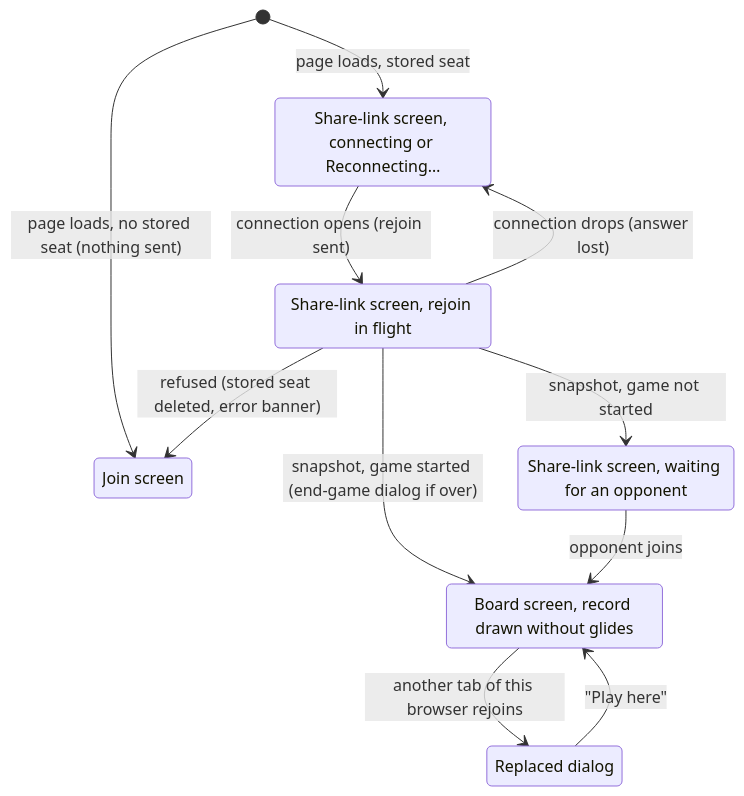
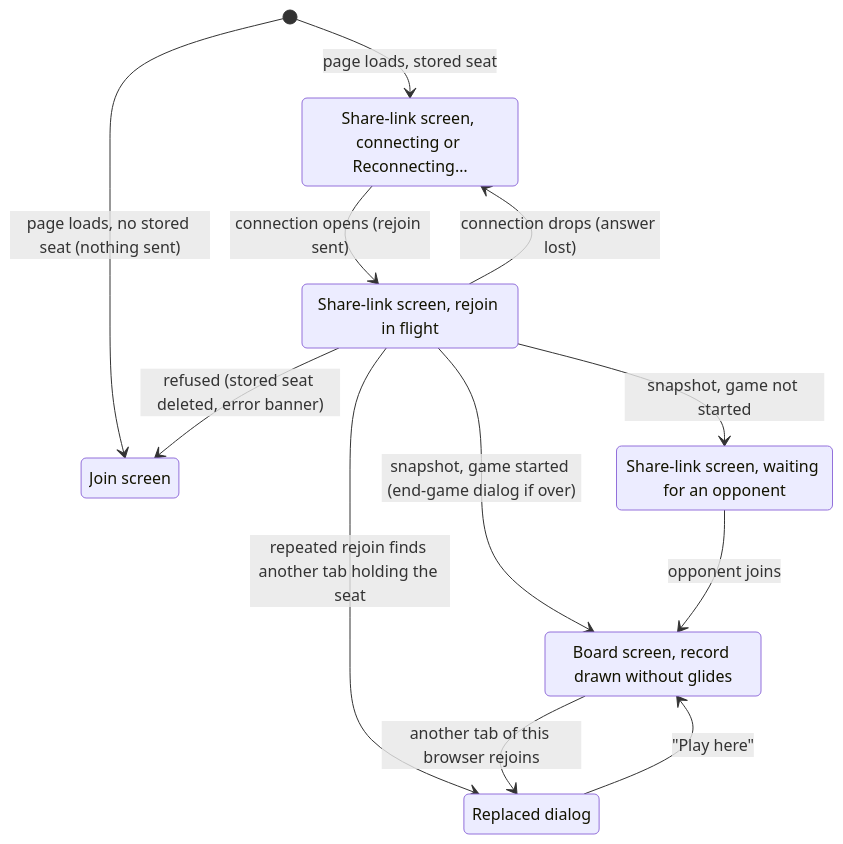
Before and after one commit to howard36/3d-chess: the diagram in product-description/session/reload-and-return.md, drawn with Mermaid. The commit also changed other lines of this file and 7 other files, not shown here.

````diff
--- a/product-description/session/reload-and-return.md
+++ b/product-description/session/reload-and-return.md
@@ -17,19 +17,20 @@
 ```mermaid
 stateDiagram-v2
     state "Join screen" as join
     state "Share-link screen, connecting or Reconnecting…" as connecting
     state "Share-link screen, rejoin in flight" as flight
     state "Share-link screen, waiting for an opponent" as share
     state "Board screen, record drawn without glides" as board
     state "Replaced dialog" as replaced
     [*] --> join : page loads, no stored seat (nothing sent)
     [*] --> connecting : page loads, stored seat
     connecting --> flight : connection opens (rejoin sent)
     flight --> connecting : connection drops (answer lost)
     flight --> board : snapshot, game started (end-game dialog if over)
     flight --> share : snapshot, game not started
     share --> board : opponent joins
     flight --> join : refused (stored seat deleted, error banner)
+    flight --> replaced : repeated rejoin finds another tab holding the seat
     board --> replaced : another tab of this browser rejoins
     replaced --> board : "Play here"
 ```
````
